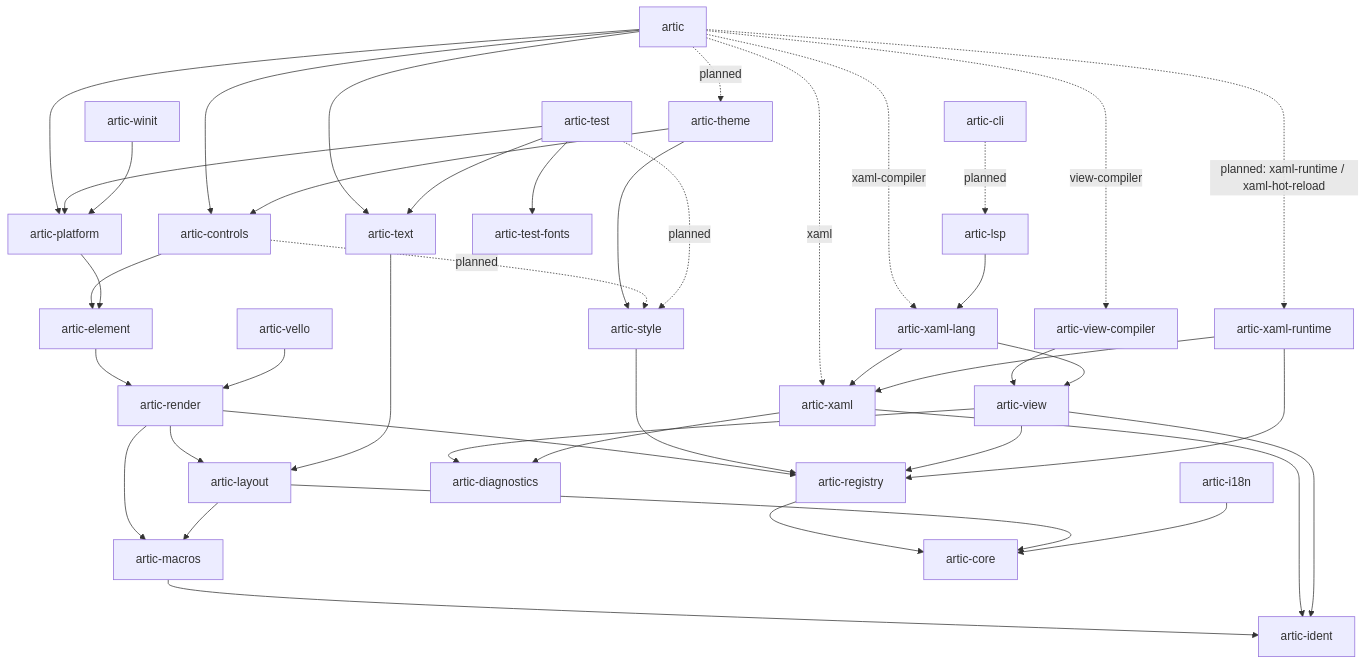
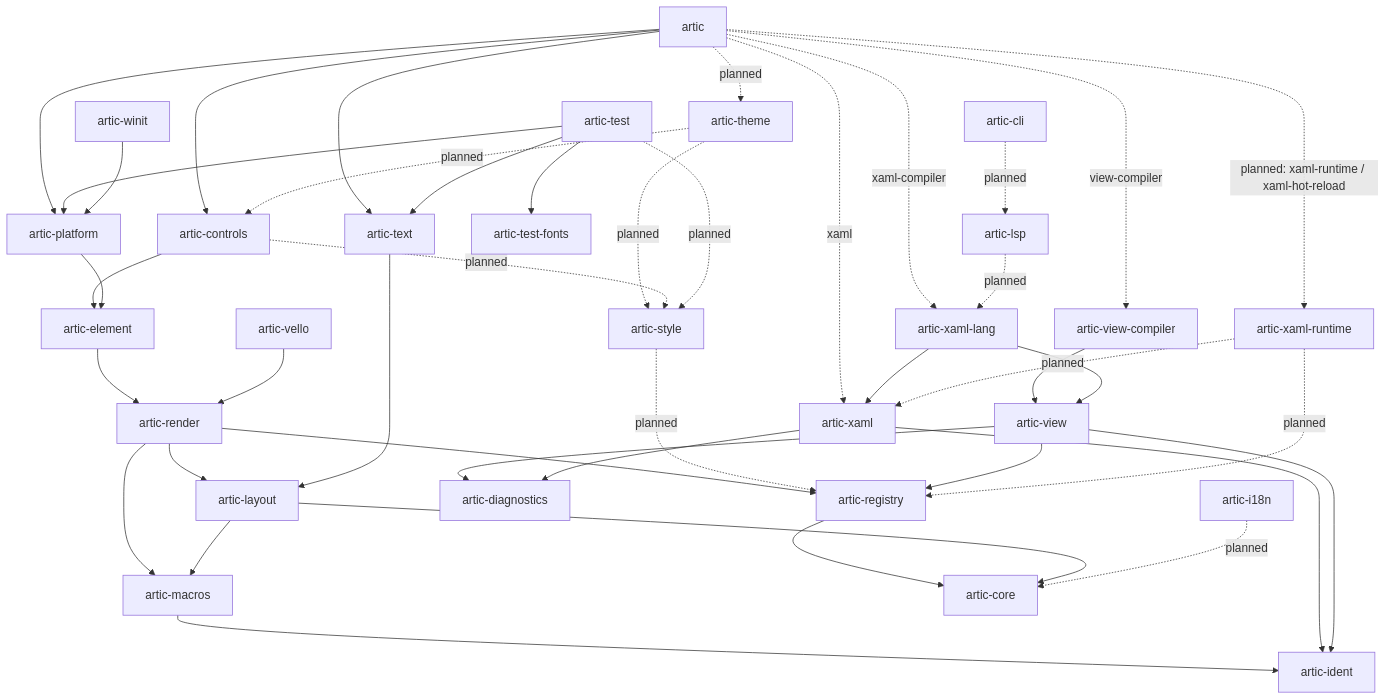
Before and after one commit to wolfware-labs/artic: the diagram in docs/architecture.md, drawn with Mermaid. The commit also changed other lines of this file and 6 other files, not shown here.

````diff
--- a/docs/architecture.md
+++ b/docs/architecture.md
@@ -37,54 +37,54 @@
 ```mermaid
 flowchart TD
   artic -. planned .-> theme[artic-theme]
   artic --> controls[artic-controls]
   artic --> platform[artic-platform]
   artic --> text[artic-text]
   artic -. planned: xaml-runtime / xaml-hot-reload .-> runtime[artic-xaml-runtime]
   artic -. xaml .-> xaml
   artic -. view-compiler .-> viewc[artic-view-compiler]
   artic -. xaml-compiler .-> lang
 
-  theme --> controls
-  theme --> styles[artic-style]
+  theme -. planned .-> controls
+  theme -. planned .-> styles[artic-style]
 
   controls --> element[artic-element]
   controls -. planned .-> styles
 
   platform --> element
 
   element --> render[artic-render]
 
   test[artic-test] --> platform
   test -. planned .-> styles
   test --> text
   test --> fonts[artic-test-fonts]
 
   winit[artic-winit] --> platform
   vello[artic-vello] --> render
 
   cli[artic-cli] -. planned .-> lsp[artic-lsp]
-  lsp --> lang[artic-xaml-lang]
+  lsp -. planned .-> lang[artic-xaml-lang]
 
   render --> layout[artic-layout]
   render --> registry[artic-registry]
   render --> macros[artic-macros]
   text --> layout
-  styles --> registry
+  styles -. planned .-> registry
   viewc --> view[artic-view]
   lang --> view
   view --> registry
   view --> diagnostics
   lang --> xaml[artic-xaml]
   xaml --> diagnostics[artic-diagnostics]
-  runtime --> registry
-  runtime --> xaml
+  runtime -. planned .-> registry
+  runtime -. planned .-> xaml
 
   registry --> core[artic-core]
   layout --> core
   layout --> macros
   macros --> ident[artic-ident]
   xaml --> ident
   view --> ident
-  i18n[artic-i18n] --> core
+  i18n[artic-i18n] -. planned .-> core
 ```
````
